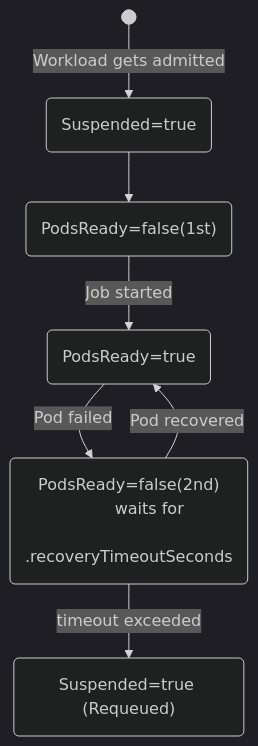
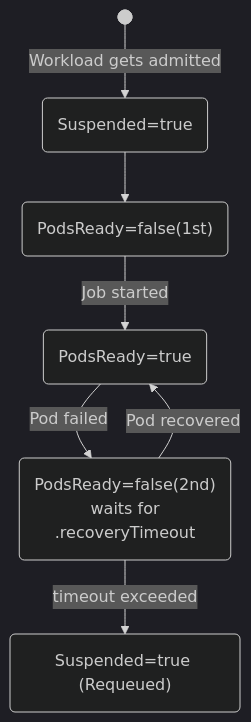
The second of 2 diagrams in keps/349-all-or-nothing/README.md (kubernetes-sigs/kueue), drawn with Mermaid (dark theme) before and after one commit. The commit also changed other lines of this file, not shown here.

Commit message:
Change timeout type to metav1.Duration

````diff
--- a/keps/349-all-or-nothing/README.md
+++ b/keps/349-all-or-nothing/README.md
@@ -359,20 +359,20 @@
 ```mermaid
 flowchart TD;
 	start@{ shape: f-circ};
 	id1(Suspended=true);
 	id2("PodsReady=false(1st)");
 	id3(PodsReady=true);
 	id4("PodsReady=false(2nd)
 	waits for
-	.recoveryTimeoutSeconds");
+	.recoveryTimeout");
 	id5("Suspended=true (Requeued)");
 
 
 	start--Workload gets admitted-->id1;
 	id1 --> id2;
 
 	id2 --"Job started" --> id3
 	id3 --"Pod failed"--> id4
 	id4 --"Pod recovered"--> id3
 	id4 --"timeout	exceeded"--> id5
 ```
````
